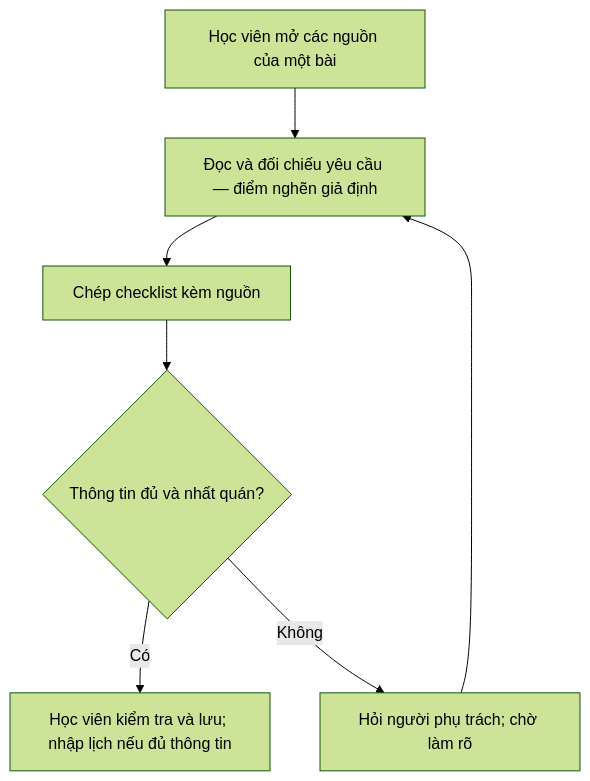
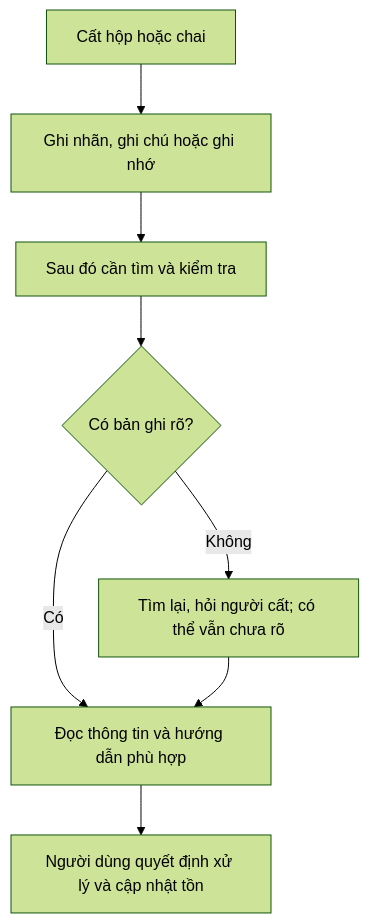
The first of 2 diagrams in 02-group-problem-statement/03-problem-statement.md (mcnb2005/Day02-2A202602825-PhamMinhCuong), drawn with Mermaid (forest theme) before and after one commit. The commit also changed other lines of this file and 13 other files, not shown here.

````diff
--- a/02-group-problem-statement/03-problem-statement.md
+++ b/02-group-problem-statement/03-problem-statement.md
@@ -21,9 +19,10 @@
 ```mermaid
 flowchart TD
-    A["Học viên mở các nguồn của một bài"] --> B["Đọc và đối chiếu yêu cầu — điểm nghẽn giả định"]
-    B --> C["Chép checklist kèm nguồn"]
-    C --> D{"Thông tin đủ và nhất quán?"}
-    D -->|Có| E["Học viên kiểm tra và lưu; nhập lịch nếu đủ thông tin"]
-    D -->|Không| F["Hỏi người phụ trách; chờ làm rõ"]
-    F --> B
+    A["Cất hộp hoặc chai"] --> B["Ghi nhãn, ghi chú hoặc ghi nhớ"]
+    B --> C["Sau đó cần tìm và kiểm tra"]
+    C --> D{"Có bản ghi rõ?"}
+    D -->|Có| E["Đọc thông tin và hướng dẫn phù hợp"]
+    D -->|Không| F["Tìm lại, hỏi người cất; có thể vẫn chưa rõ"]
+    F --> E
+    E --> G["Người dùng quyết định xử lý và cập nhật tồn"]
 ```
````
